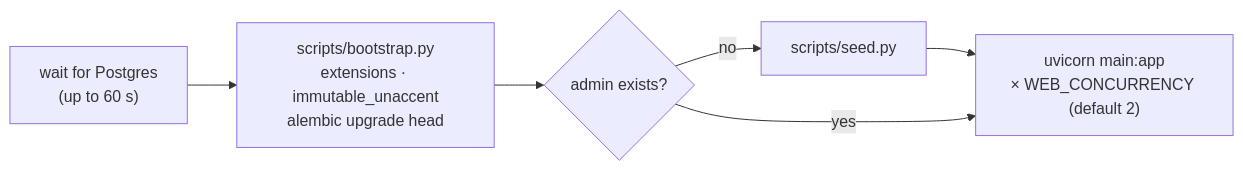
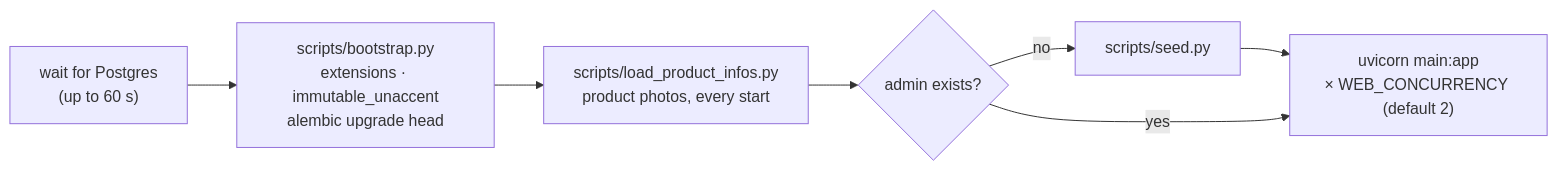
Diagram 18 of 18 in README.md (ura-computing/ura-posix), drawn with Mermaid before and after one commit. The commit also changed other lines of this file and 1 other file, not shown here.

````diff
--- a/README.md
+++ b/README.md
@@ -628,6 +677,6 @@
 ```mermaid
 flowchart LR
-  A["wait for Postgres<br/>(up to 60 s)"] --> B["scripts/bootstrap.py<br/>extensions · immutable_unaccent<br/>alembic upgrade head"] --> C{"admin exists?"}
+  A["wait for Postgres<br/>(up to 60 s)"] --> B["scripts/bootstrap.py<br/>extensions · immutable_unaccent<br/>alembic upgrade head"] --> L["scripts/load_product_infos.py<br/>product photos, every start"] --> C{"admin exists?"}
   C -- "no" --> D["scripts/seed.py"] --> E
   C -- "yes" --> E["uvicorn main:app<br/>× WEB_CONCURRENCY (default 2)"]
 ```
````
